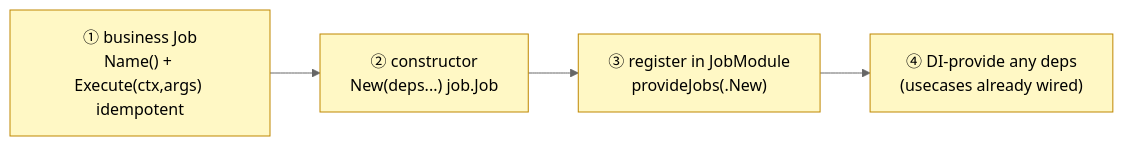
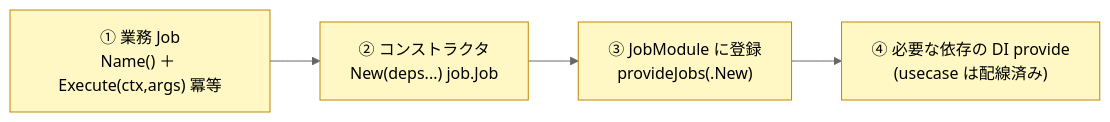
Before and after one commit to Tomy-ch/go-boilerplate: the sixth of 6 diagrams in docs/design/job.md, drawn with Mermaid (neutral theme). The commit also changed other lines of this file and 970 other files, not shown here.

````diff
--- a/docs/design/job.md
+++ b/docs/design/job.md
@@ -192,9 +192,9 @@
 ```mermaid
 flowchart LR
-    J["① business Job<br/>Name() + Execute(ctx,args) idempotent"]:::need
-    C["② constructor<br/>New(deps...) job.Job"]:::need
-    R["③ register in JobModule<br/>provideJobs(<pkg>.New)"]:::need
-    D["④ DI-provide any deps<br/>(usecases already wired)"]:::need
+    J["① 業務 Job<br/>Name() ＋ Execute(ctx,args) 冪等"]:::need
+    C["② コンストラクタ<br/>New(deps...) job.Job"]:::need
+    R["③ JobModule に登録<br/>provideJobs(<pkg>.New)"]:::need
+    D["④ 必要な依存の DI provide<br/>(usecase は配線済み)"]:::need
     J --> C --> R --> D
     classDef need fill:#fff8c5,stroke:#bf8700;
 ```
````
